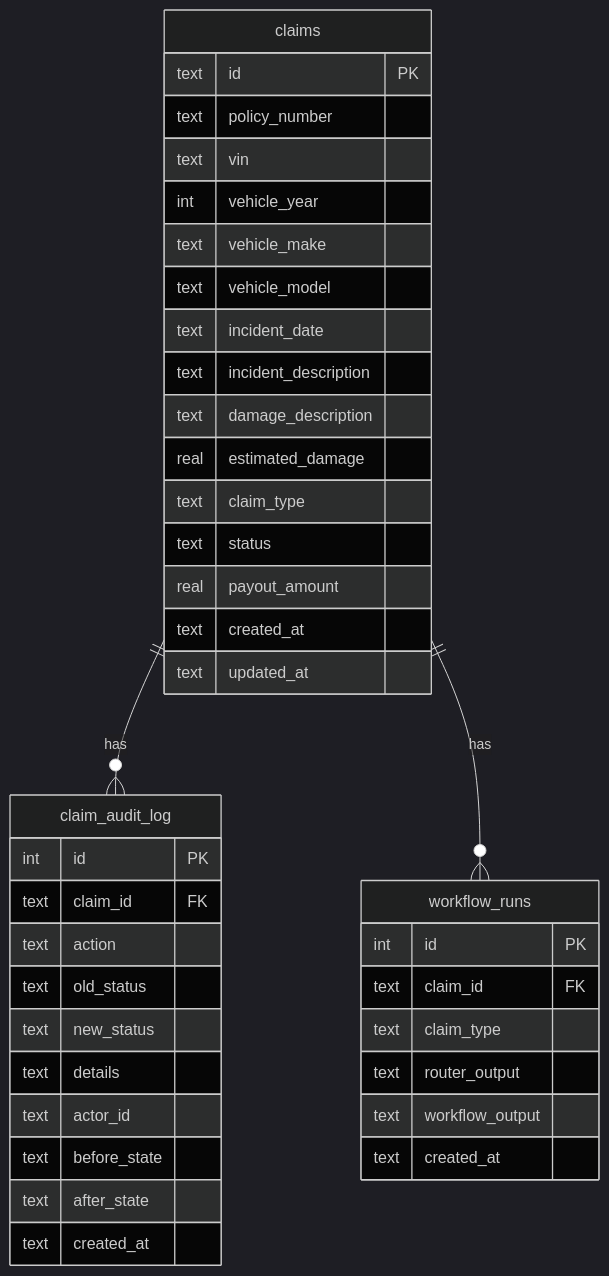
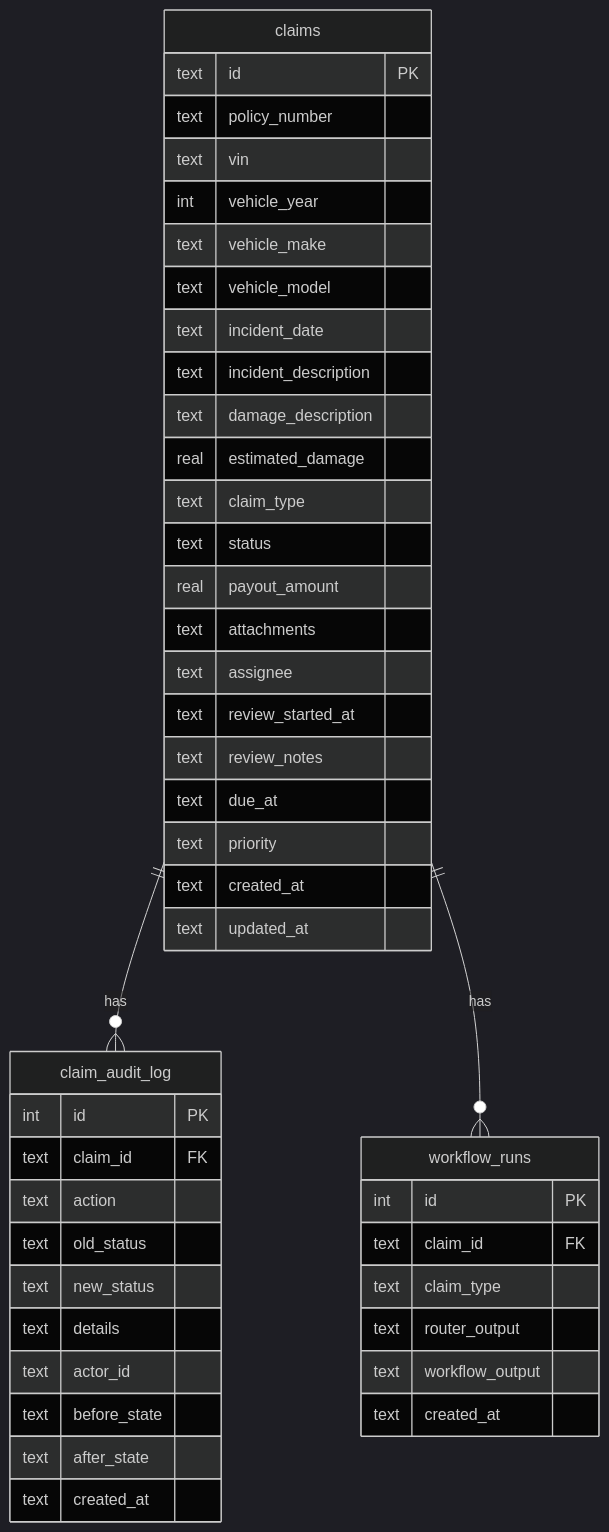
The diagram in docs/database.md (csmangum/auto-agent), drawn with Mermaid (dark theme) before and after one commit. The commit also changed other lines of this file and 10 other files, not shown here.

````diff
--- a/docs/database.md
+++ b/docs/database.md
@@ -29,45 +29,51 @@
 ```mermaid
 erDiagram
     claims ||--o{ claim_audit_log : "has"
     claims ||--o{ workflow_runs : "has"
     
     claims {
         text id PK
         text policy_number
         text vin
         int vehicle_year
         text vehicle_make
         text vehicle_model
         text incident_date
         text incident_description
         text damage_description
         real estimated_damage
         text claim_type
         text status
         real payout_amount
+        text attachments
+        text assignee
+        text review_started_at
+        text review_notes
+        text due_at
+        text priority
         text created_at
         text updated_at
     }
     
     claim_audit_log {
         int id PK
         text claim_id FK
         text action
         text old_status
         text new_status
         text details
         text actor_id
         text before_state
         text after_state
         text created_at
     }
     
     workflow_runs {
         int id PK
         text claim_id FK
         text claim_type
         text router_output
         text workflow_output
         text created_at
     }
 ```
````
